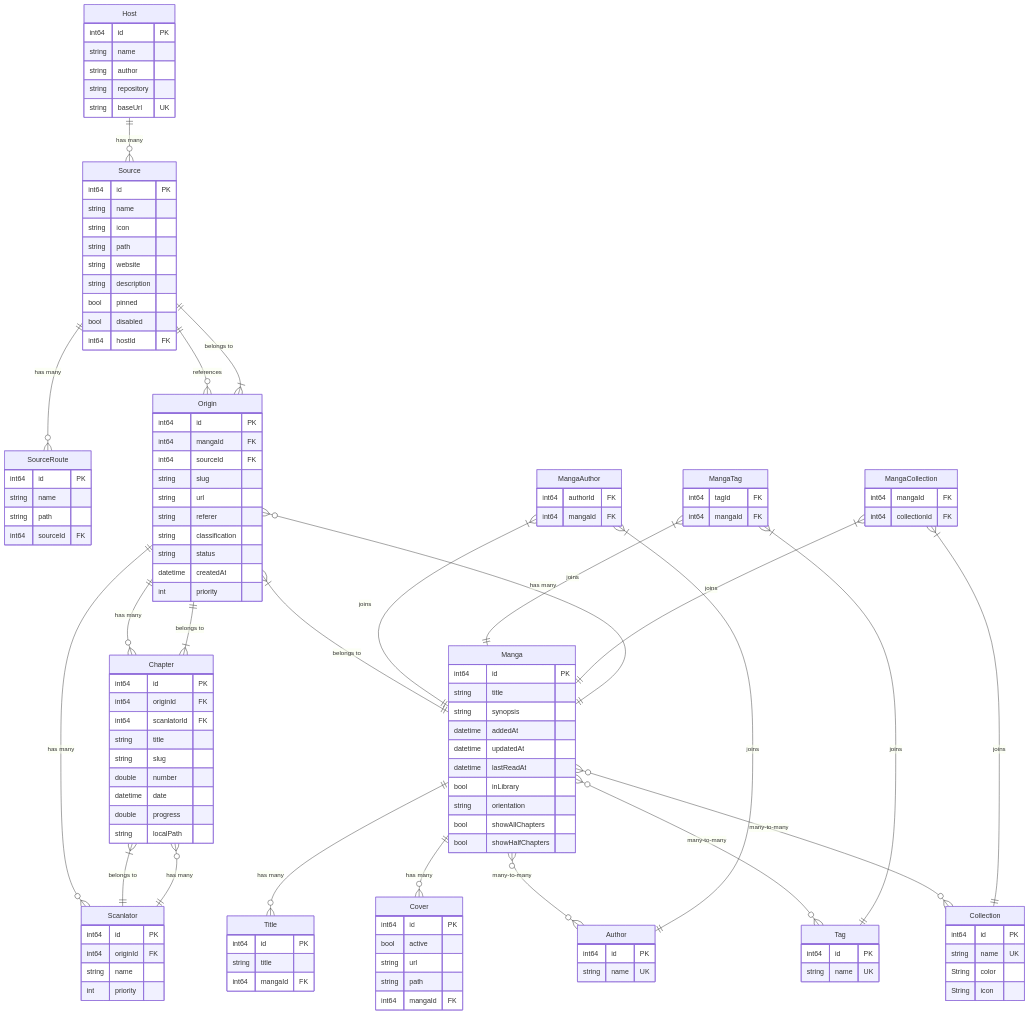
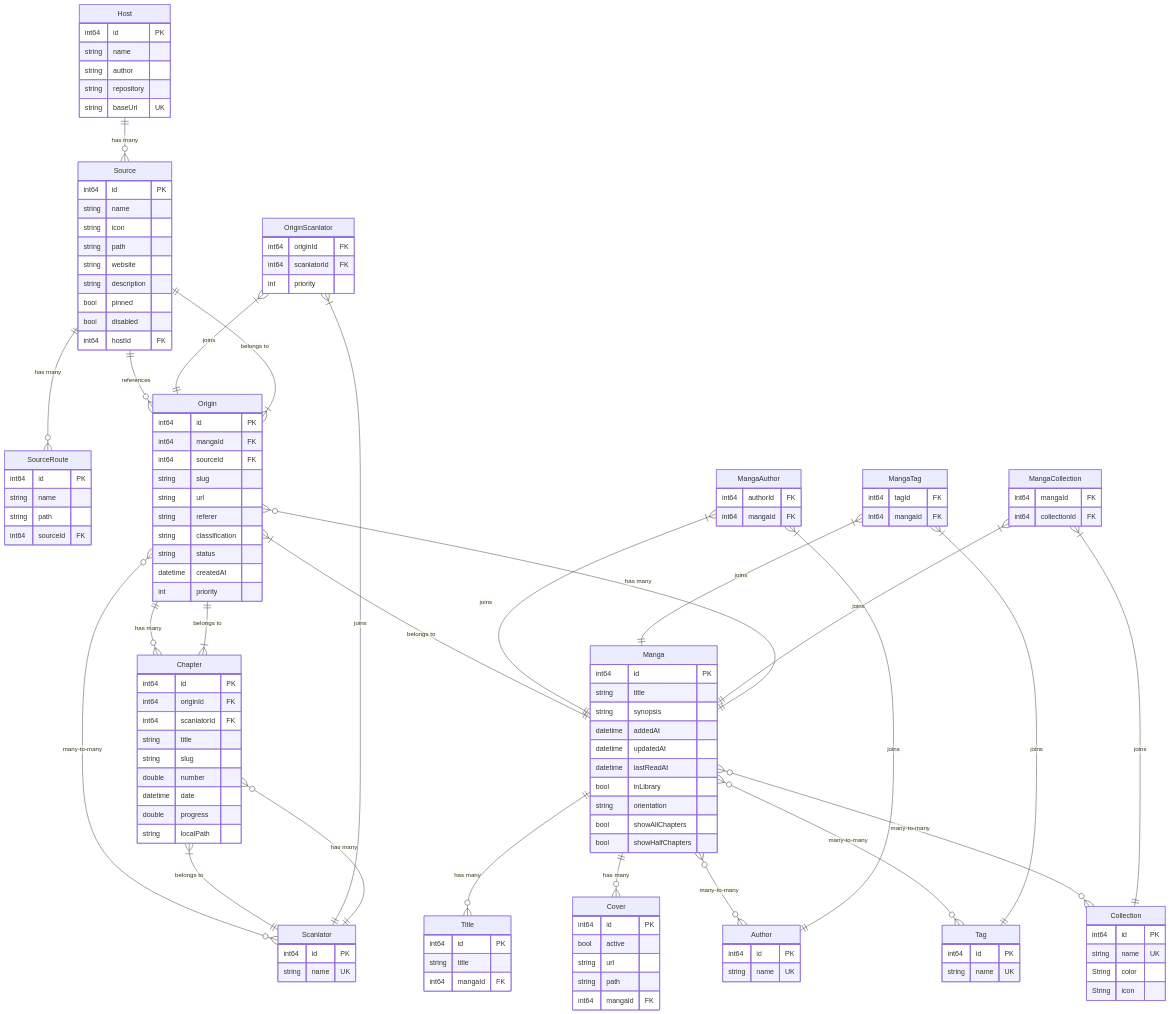
Before and after one commit to angelocarasig/alethia: the diagram in DATABASE.md, drawn with Mermaid. The commit also changed other lines of this file and 17 other files, not shown here.

```diff
--- a/DATABASE.md
+++ b/DATABASE.md
@@ -26,7 +26,7 @@
     Origin }|--|| Source : "belongs to"
     Origin ||--o{ Chapter : "has many"
     Origin }|--|| Manga : "belongs to"
-    Origin ||--o{ Scanlator : "has many"
+    Origin }o--o{ Scanlator : "many-to-many"
     
     Scanlator ||--o{ Chapter : "has many"
     Chapter }|--|| Origin : "belongs to"
@@ -40,7 +40,9 @@
     
     MangaCollection }|--|| Manga : "joins"
     MangaCollection }|--|| Collection : "joins"
-
+    
+    OriginScanlator }|--|| Origin : "joins"
+    OriginScanlator }|--|| Scanlator : "joins"
     Host {
         int64 id PK
         string name
@@ -127,9 +129,7 @@
     
     Scanlator {
         int64 id PK
-        int64 originId FK
-        string name
-        int priority
+        string name UK
     }
     
     Chapter {
@@ -142,6 +142,12 @@
         datetime date
         double progress
         string localPath
+    }
+    
+    OriginScanlator {
+        int64 originId FK
+        int64 scanlatorId FK
+        int priority
     }
     
     MangaAuthor {
```
